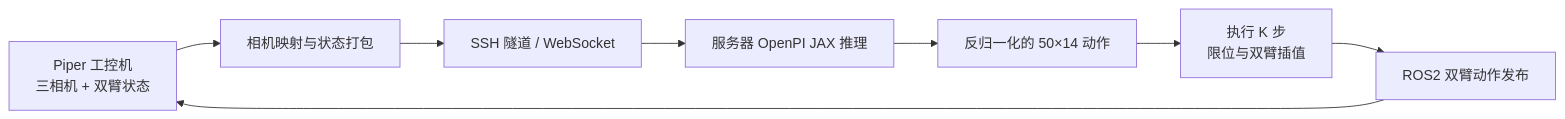
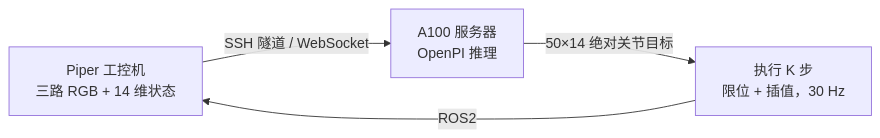
Before and after one commit to jia7788-c/RoboTwin_probes: the diagram in README.md, drawn with Mermaid. The commit also changed other lines of this file and 9 other files, not shown here.

````diff
--- a/README.md
+++ b/README.md
@@ -230,10 +88,6 @@
 ```mermaid
 flowchart LR
-    O[Piper 工控机<br/>三相机 + 双臂状态] --> M[相机映射与状态打包]
-    M --> T[SSH 隧道 / WebSocket]
-    T --> S[服务器 OpenPI JAX 推理]
-    S --> A[反归一化的 50×14 动作]
-    A --> K[执行 K 步<br/>限位与双臂插值]
-    K --> P[ROS2 双臂动作发布]
-    P --> O
+    O["Piper 工控机<br/>三路 RGB + 14 维状态"] -- "SSH 隧道 / WebSocket" --> S["A100 服务器<br/>OpenPI 推理"]
+    S -- "50×14 绝对关节目标" --> K["执行 K 步<br/>限位 + 插值，30 Hz"]
+    K -- ROS2 --> O
 ```
````
